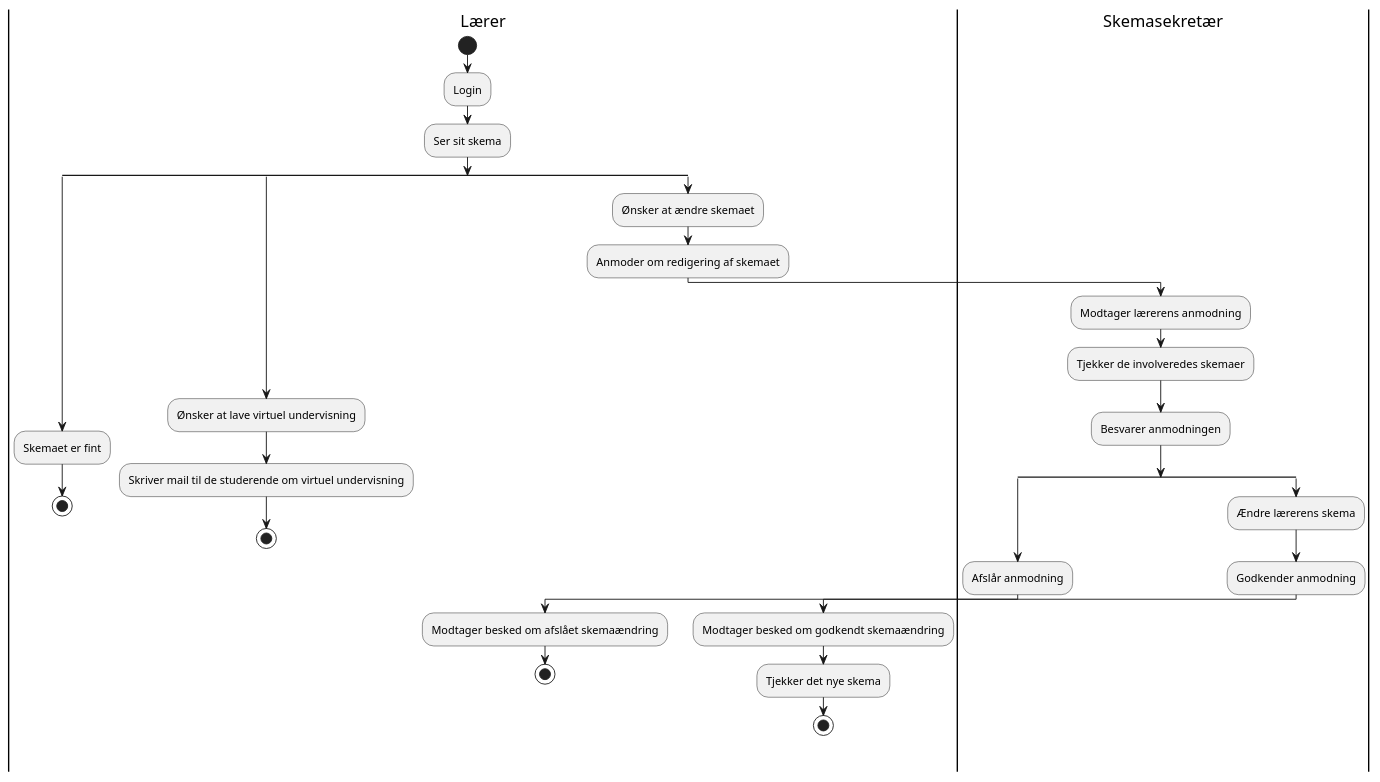
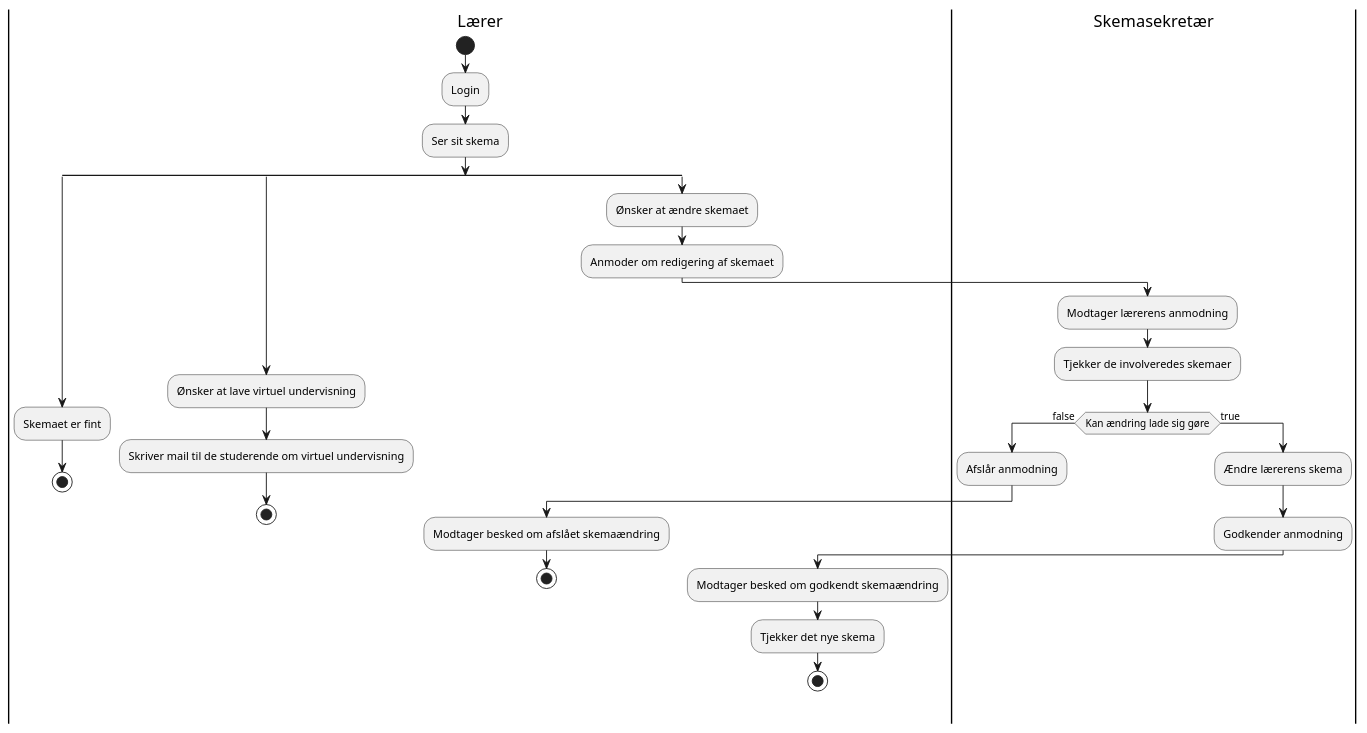
Before and after one commit to MadsSchroder/Systemudvikling-Eksamen-KU: the diagram in Diagrams/BPM.puml, drawn with PlantUML.

Commit message:
Opdateret BPMN (Activity Diagram)

```diff
--- a/Diagrams/BPM.puml
+++ b/Diagrams/BPM.puml
@@ -1,34 +1,34 @@
 @startuml
 |Lærer|
 start
 :Login;
 :Ser sit skema;
 split
 :Skemaet er fint;
 stop
 split again
 :Ønsker at lave virtuel undervisning;
 :Skriver mail til de studerende om virtuel undervisning;
 stop
 split again
 :Ønsker at ændre skemaet;
 :Anmoder om redigering af skemaet;
 |Skemasekretær|
 :Modtager lærerens anmodning;
 :Tjekker de involveredes skemaer;
-:Besvarer anmodningen;
-split
+if (Kan ændring lade sig gøre) then (false)
 :Afslår anmodning;
 |Lærer|
 :Modtager besked om afslået skemaændring;
 stop
 |Skemasekretær|
-split again
+else (true)
 :Ændre lærerens skema;
 :Godkender anmodning;
+
 |Lærer|
 :Modtager besked om godkendt skemaændring;
 :Tjekker det nye skema;
 stop
 
 @enduml
```
